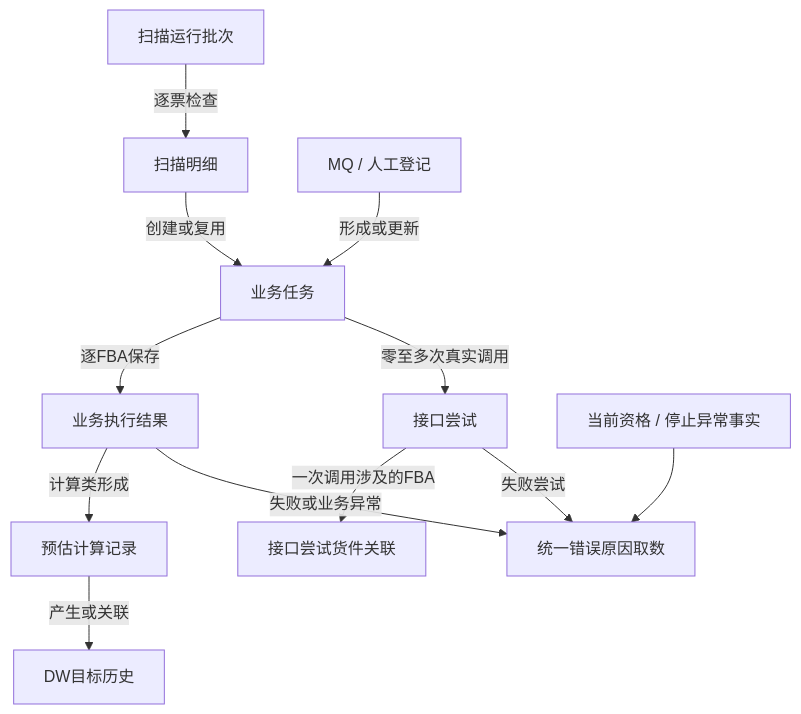
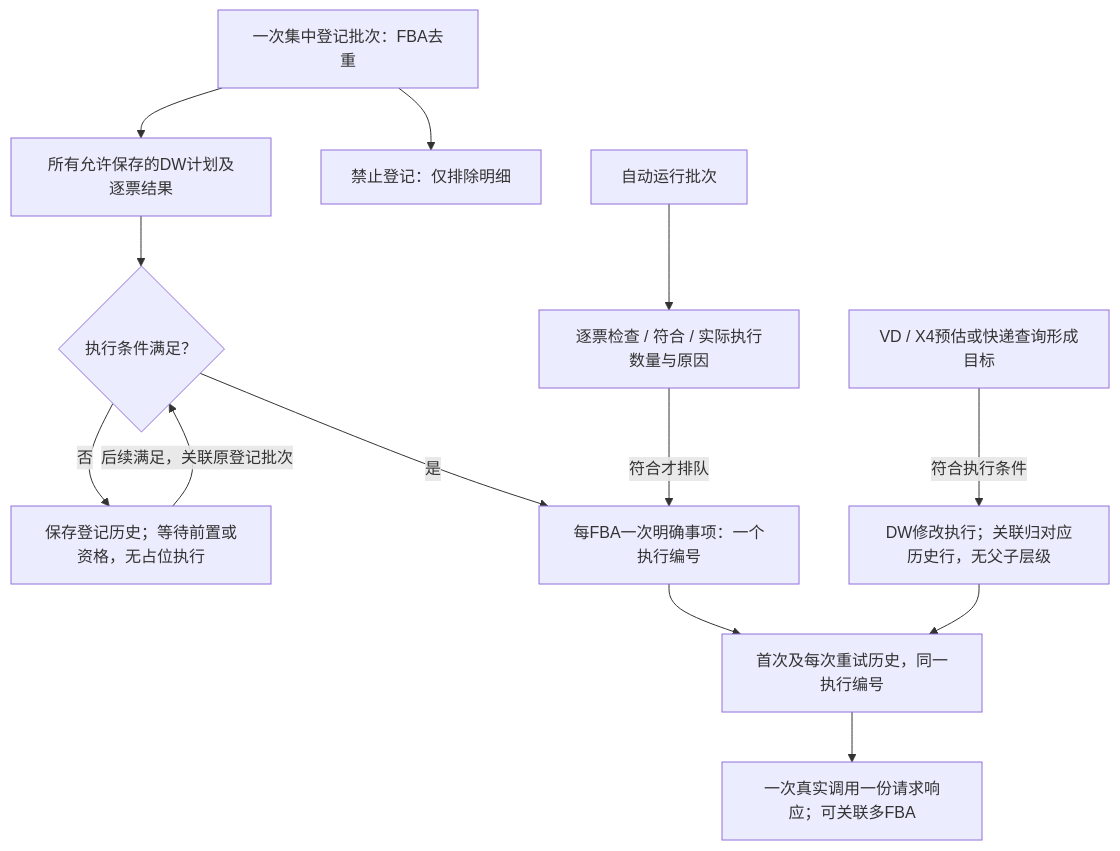
Before and after one commit to zhangwen960722/luna-daily: the third of 16 diagrams in 0-产品经理使用IDE/drafts/Amazon管理/Amazon管理产品方案.md, drawn with Mermaid. The commit also changed other lines of this file and 8 other files, not shown here.

````diff
--- a/0-产品经理使用IDE/drafts/Amazon管理/Amazon管理产品方案.md
+++ b/0-产品经理使用IDE/drafts/Amazon管理/Amazon管理产品方案.md
@@ -229,14 +243,15 @@
 ```mermaid
 flowchart TB
-    A["扫描运行批次"] -->|"逐票检查"| B["扫描明细"]
-    C["MQ / 人工登记"] -->|"形成或更新"| D["业务任务"]
-    B -->|"创建或复用"| D
-    D -->|"逐FBA保存"| E["业务执行结果"]
-    D -->|"零至多次真实调用"| F["接口尝试"]
-    F -->|"一次调用涉及的FBA"| G["接口尝试货件关联"]
-    E -->|"计算类形成"| H["预估计算记录"]
-    H -->|"产生或关联"| I["DW目标历史"]
-    E -->|"失败或业务异常"| J["统一错误原因取数"]
-    F -->|"失败尝试"| J
-    K["当前资格 / 停止异常事实"] --> J
+    A["一次集中登记批次：FBA去重"] --> B["所有允许保存的DW计划及逐票结果"]
+    A --> C["禁止登记：仅排除明细"]
+    B --> D{"执行条件满足？"}
+    D -->|"否"| E["保存登记历史；等待前置或资格，无占位执行"]
+    E -->|"后续满足，关联原登记批次"| D
+    D -->|"是"| F["每FBA一次明确事项：一个执行编号"]
+    G["自动运行批次"] --> H["逐票检查 / 符合 / 实际执行数量与原因"]
+    H -->|"符合才排队"| F
+    F --> I["首次及每次重试历史，同一执行编号"]
+    I --> J["一次真实调用一份请求响应；可关联多FBA"]
+    K["VD / X4预估或快递查询形成目标"] -->|"符合执行条件"| L["DW修改执行；关联归对应历史行，无父子层级"]
+    L --> I
 ```
````
